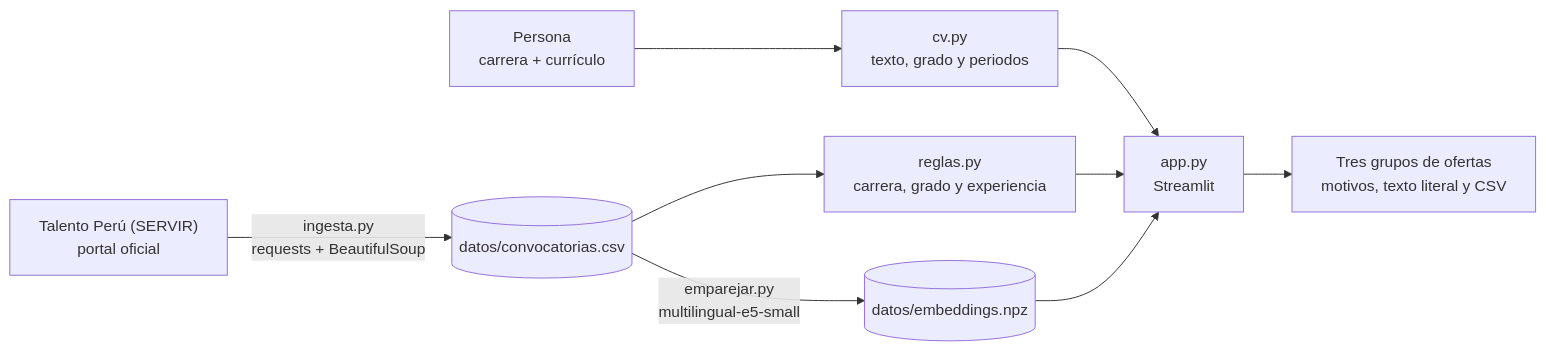
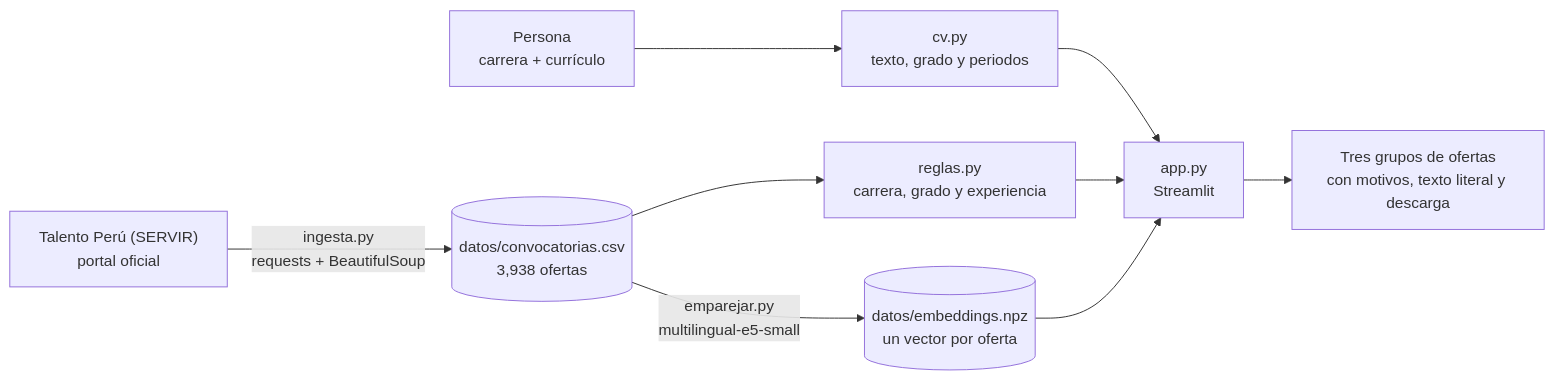
Before and after one commit to saffron29/euthetos: the diagram in README.md, drawn with Mermaid. The commit also changed other lines of this file and 1 other file, not shown here.

Commit message:
README reescrito: resumen visual, cómo funciona, problema con cifras, precio por etapas, competencia, hoja de ruta y riesgos, en español; enlaces ?ejemplo=

````diff
--- a/README.md
+++ b/README.md
@@ -121,11 +156,11 @@
 ```mermaid
 flowchart LR
-    TP["Talento Perú (SERVIR)<br/>portal oficial"] -->|"ingesta.py<br/>requests + BeautifulSoup"| CSV[("datos/convocatorias.csv")]
-    CSV -->|"emparejar.py<br/>multilingual-e5-small"| VEC[("datos/embeddings.npz")]
+    TP["Talento Perú (SERVIR)<br/>portal oficial"] -->|"ingesta.py<br/>requests + BeautifulSoup"| CSV[("datos/convocatorias.csv<br/>3,938 ofertas")]
+    CSV -->|"emparejar.py<br/>multilingual-e5-small"| VEC[("datos/embeddings.npz<br/>un vector por oferta")]
     P["Persona<br/>carrera + currículo"] --> CV["cv.py<br/>texto, grado y periodos"]
     CV --> APP["app.py<br/>Streamlit"]
     CSV --> REG["reglas.py<br/>carrera, grado y experiencia"]
     REG --> APP
     VEC --> APP
-    APP --> R["Tres grupos de ofertas<br/>motivos, texto literal y CSV"]
+    APP --> R["Tres grupos de ofertas<br/>con motivos, texto literal y descarga"]
 ```
````
